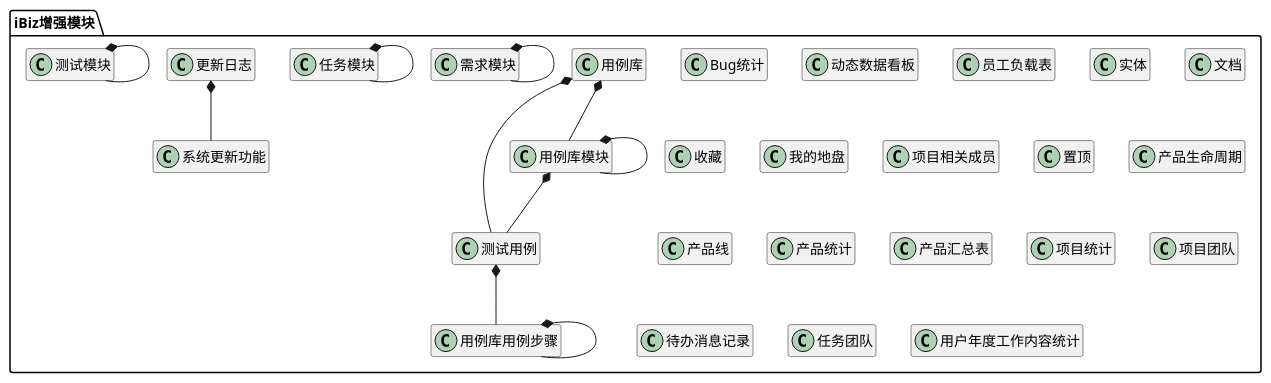
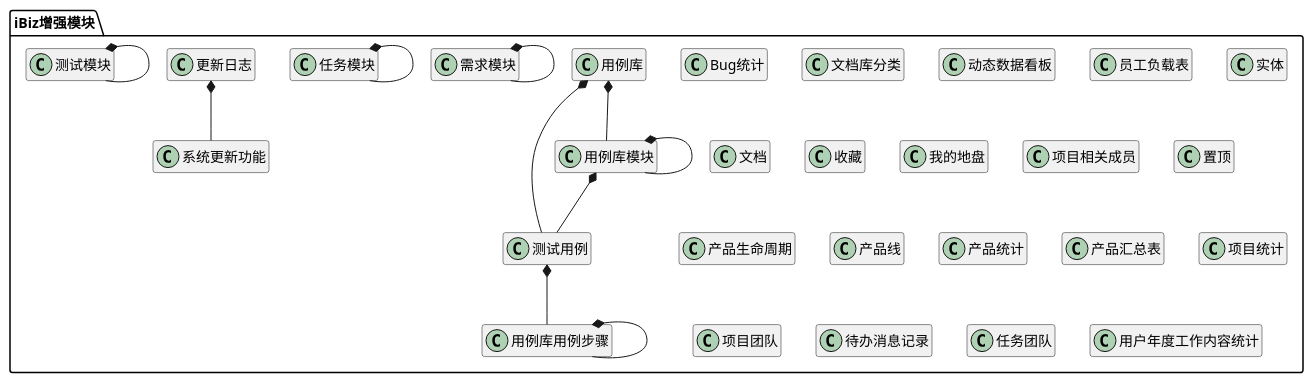
The diagram in ibizpms-docs/src/main/doc/v1/module/ibiz.md (zj335841911/nt_chandao), drawn with PlantUML before and after one commit. The commit also changed other lines of this file and 17 other files, not shown here.

```diff
--- a/ibizpms-docs/src/main/doc/v1/module/ibiz.md
+++ b/ibizpms-docs/src/main/doc/v1/module/ibiz.md
@@ -8,6 +8,9 @@
 package iBiz增强模块 {
 
 class Bug统计 {
+}
+
+class 文档库分类 {
 }
 
 class 动态数据看板 {
```
